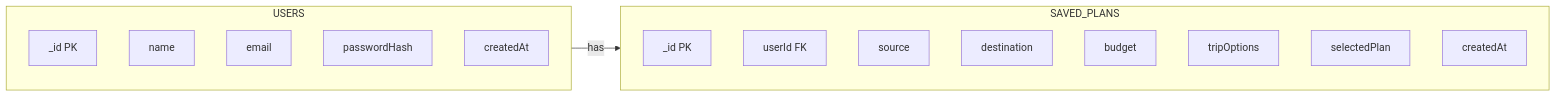
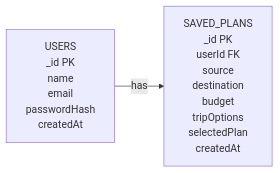
The diagram in README.md (samar-abbas-786/Thoughtify), drawn with Mermaid before and after one commit.

````diff
--- a/README.md
+++ b/README.md
@@ -1,25 +1,21 @@
 ```mermaid
 flowchart LR
-    subgraph USERS_Table [USERS]
-        _id["_id PK"]
-        name["name"]
-        email["email"]
-        passwordHash["passwordHash"]
-        createdAt["createdAt"]
-    end
+    USERS["USERS
+_id PK
+name
+email
+passwordHash
+createdAt"] 
+    SAVED_PLANS["SAVED_PLANS
+_id PK
+userId FK
+source
+destination
+budget
+tripOptions
+selectedPlan
+createdAt"]
 
-    subgraph SAVED_PLANS_Table [SAVED_PLANS]
-        sp_id["_id PK"]
-        userId["userId FK"]
-        source["source"]
-        destination["destination"]
-        budget["budget"]
-        tripOptions["tripOptions"]
-        selectedPlan["selectedPlan"]
-        sp_createdAt["createdAt"]
-    end
-
-    USERS_Table -->|has| SAVED_PLANS_Table
-
+    USERS -->|has| SAVED_PLANS
 
 ```
````
